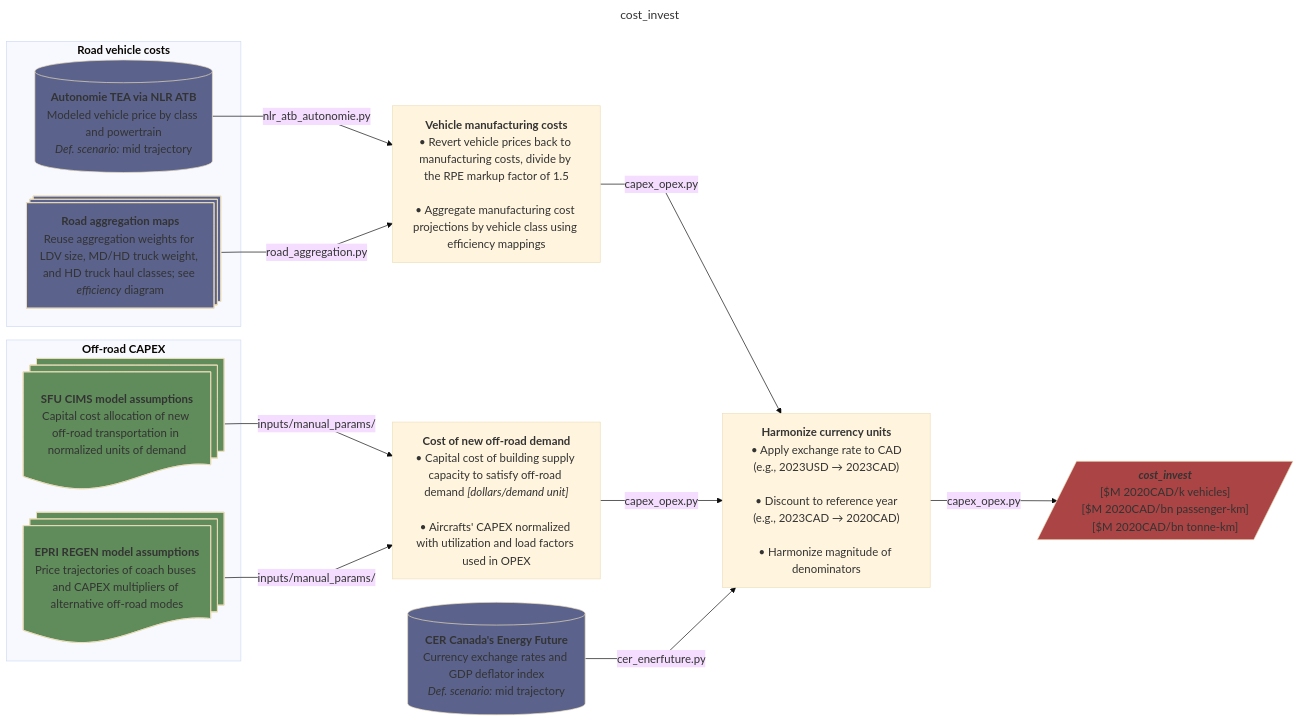
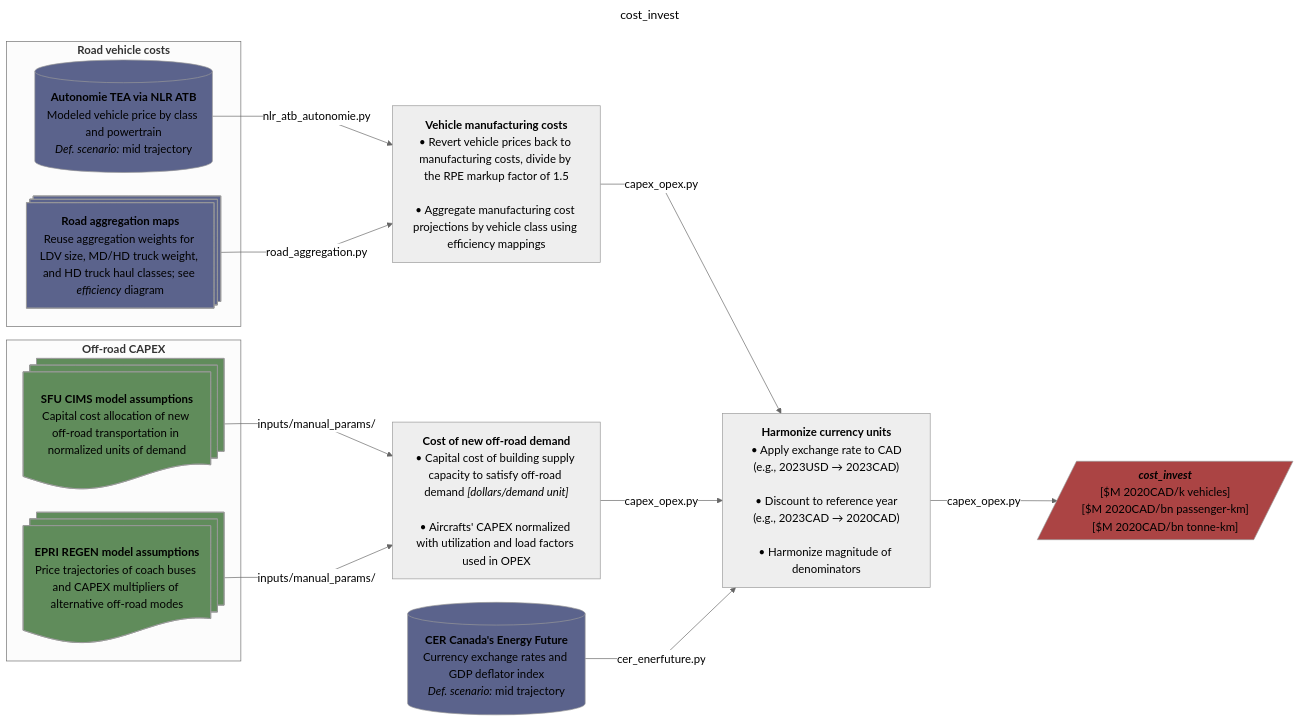
One commit to CANOE-main/canoe-transportation changed the eighth of 9 diagrams in README.md. Above: the diagram before and after it, drawn with Mermaid. The commit also changed other lines of this file, not shown here.

Commit message:
Testing darkMode: false

````diff
--- a/README.md
+++ b/README.md
@@ -568,59 +567,60 @@
 ```mermaid
 ---
 title: cost_invest
 config:
   layout: dagre
-  theme: base
+  theme: neutral
   themeVariables:
+    darkMode: false
     fontSize: 17px
   flowchart:
     nodeSpacing: 35
     rankSpacing: 50
     wrappingWidth: 250
     curve: linear
 ---
 flowchart LR
   s3[("`**CER Canada's Energy Future**<br>Currency exchange rates and GDP deflator index<br>*Def. scenario:* mid trajectory`")]
   subgraph offroad["`**Off-road CAPEX**`"]
 	  %% --- Sources ---
 	  s7@{shape: docs, label: "**SFU CIMS model assumptions**<br>Capital cost allocation of new off-road transportation in normalized units of demand"}
 	  s8@{shape: docs, label: "**EPRI REGEN model assumptions**<br>Price trajectories of coach buses and CAPEX multipliers of alternative off-road modes"}
   end
 	  
   %% --- Processes ---
   p3["`**Cost of new off-road demand**<br>• Capital cost of building supply capacity to satisfy off-road demand *[dollars/demand unit]*<br><br>• Aircrafts' CAPEX normalized with utilization and load factors used in OPEX`"]
   s7 & s8 -- inputs/manual_params/ --> p3
   
   subgraph road["`**Road vehicle costs**`"]
 	  %% --- Sources ---
 	  s1@{shape: processes, label: "**Road aggregation maps**<br>Reuse aggregation weights for LDV size, MD/HD truck weight, and HD truck haul classes; see *efficiency* diagram"}
 	  s2[("`**Autonomie TEA via NLR ATB**<br>Modeled vehicle price by class and powertrain<br>*Def. scenario:* mid trajectory`")]
   end
 	  
   %% --- Processes ---
   p2["`**Vehicle manufacturing costs**<br>• Revert vehicle prices back to manufacturing costs, divide by the RPE markup factor of 1.5<br><br>• Aggregate manufacturing cost projections by vehicle class using efficiency mappings`"]
   s2 -- nlr_atb_autonomie.py --> p2
   s1 -- road_aggregation.py --> p2
   
   p4["`**Harmonize currency units**<br>• Apply exchange rate to CAD<br>(e.g., 2023USD → 2023CAD)<br><br>• Discount to reference year<br>(e.g., 2023CAD → 2020CAD)<br><br>• Harmonize magnitude of denominators`"]
   p2 -- capex_opex.py --> p4
   p3 -- capex_opex.py --> p4
   s3 -- cer_enerfuture.py --> p4
 
   p4 -- capex_opex.py --> o1[/"`***cost_invest***<br>[$M 2020CAD/k vehicles]<br>[$M 2020CAD/bn passenger-km]<br>[$M 2020CAD/bn tonne-km]`"/]
 
   %% --- Styling ---
   classDef database fill:#5b638c
   classDef doc fill:#608c5b
   classDef output fill:#ab4444
 
   class s1,s2,s3 database;
   class s7,s8 doc;
   class o1 output;
 
   %% --- Hyperlinks ---
   click s8 "https://us-regen-docs.epri.com/v2025/assumptions/transportation.html#non-road-vehicles"
   click s7 "https://github.com/EMRG-SFU/cims-models/tree/main/sources/sectors"
   click s2 "https://vms.taps.anl.gov/research-highlights/vehicle-technologies/u-s-doe-vto-hfto-r-d-benefits/"
   click s3 "https://open.canada.ca/data/en/dataset/07c42deb-9435-43b9-a416-7ce316f3893d"
 ```
````
